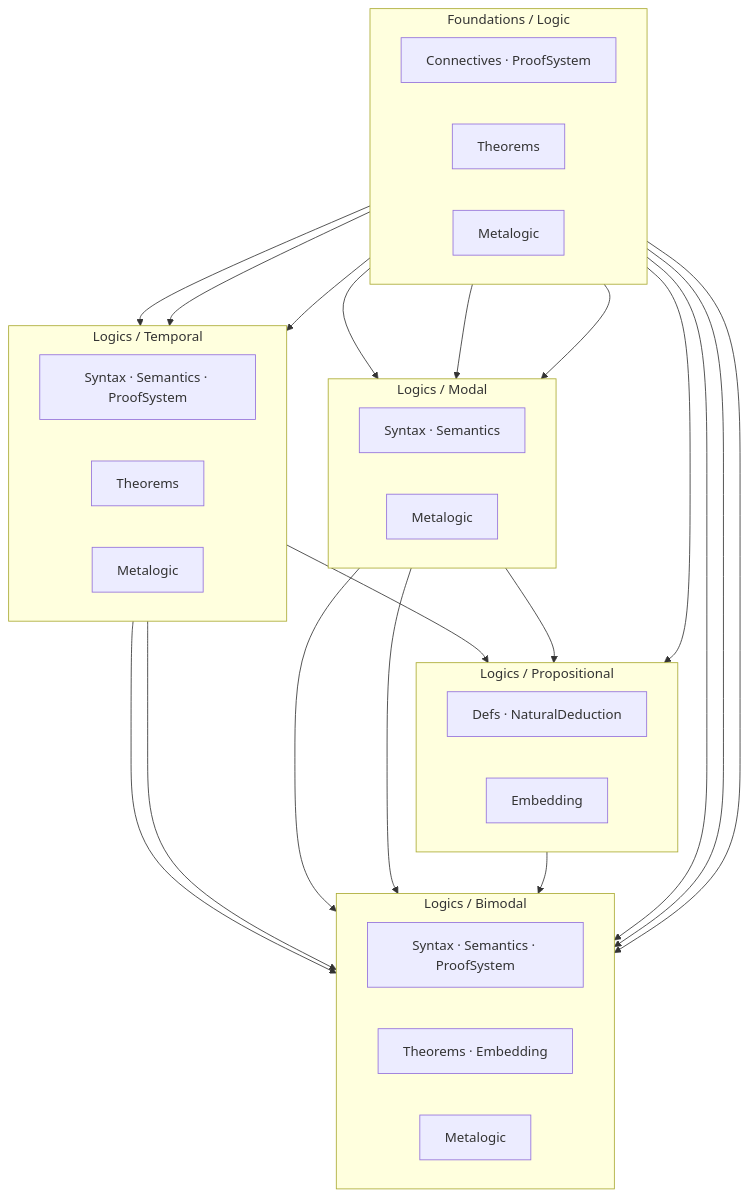
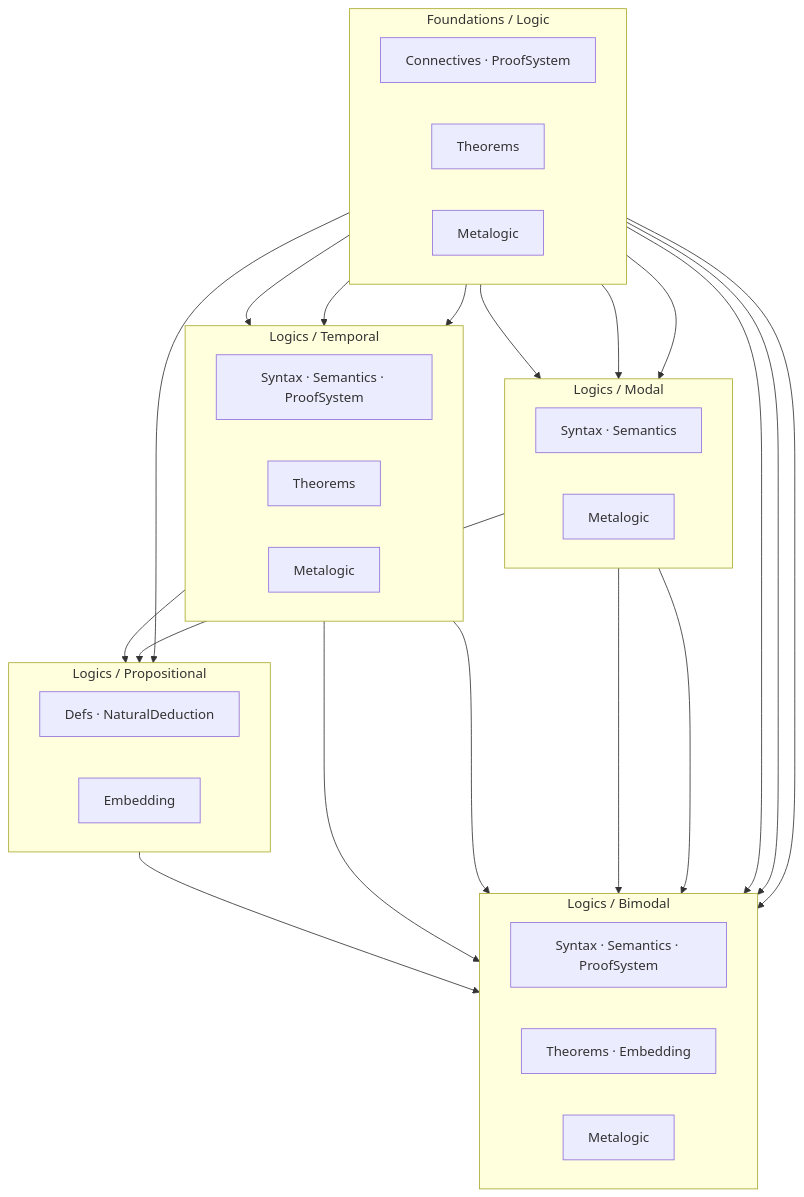
One commit to benbrastmckie/cslib changed the diagram in specs/ROADMAP.md. Above: the diagram before and after it, drawn with Mermaid. The commit also changed other lines of this file, not shown here.

````diff
--- a/specs/ROADMAP.md
+++ b/specs/ROADMAP.md
@@ -28,46 +27,46 @@
 ```mermaid
 flowchart TB
     subgraph F ["Foundations / Logic"]
         direction LR
         F1["Connectives · ProofSystem"]
         F2["Theorems"]
         F3["Metalogic"]
-    end
-
-    subgraph P ["Logics / Propositional"]
-        direction LR
-        P1["Defs · NaturalDeduction"]
-        P2["Embedding"]
     end
 
     subgraph M ["Logics / Modal"]
         direction LR
         M1["Syntax · Semantics"]
         M2["Metalogic"]
     end
 
     subgraph T ["Logics / Temporal"]
         direction LR
         T1["Syntax · Semantics · ProofSystem"]
         T2["Theorems"]
         T3["Metalogic"]
+    end
+
+    subgraph P ["Logics / Propositional"]
+        direction LR
+        P1["Defs · NaturalDeduction"]
+        P2["Embedding"]
     end
 
     subgraph B ["Logics / Bimodal"]
         direction LR
         B1["Syntax · Semantics · ProofSystem"]
         B2["Theorems · Embedding"]
         B3["Metalogic"]
     end
 
     F1 --> P1 & M1 & T1 & B1
     F2 --> M2 & T2 & B2
     F3 --> M2 & T3 & B3
 
     M1 --> P2 & B2
     T1 --> P2
     T2 --> B2
     M2 --> B3
     T3 --> B3
     P2 --> B2
 ```
````
